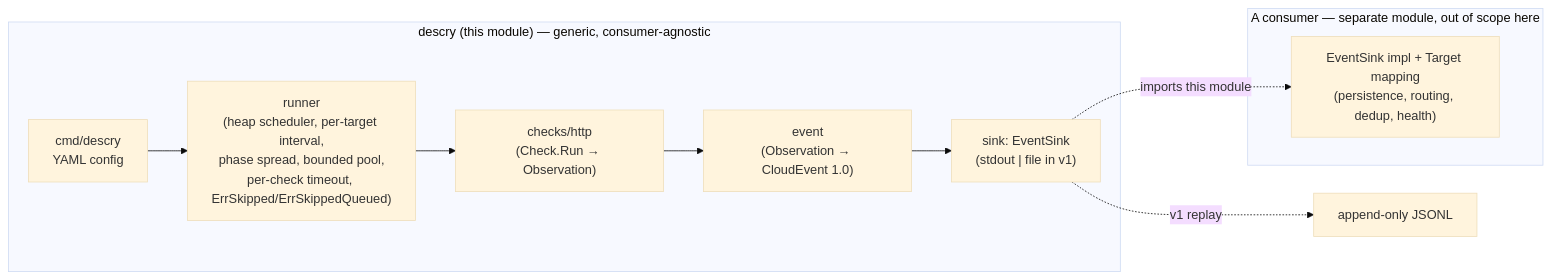
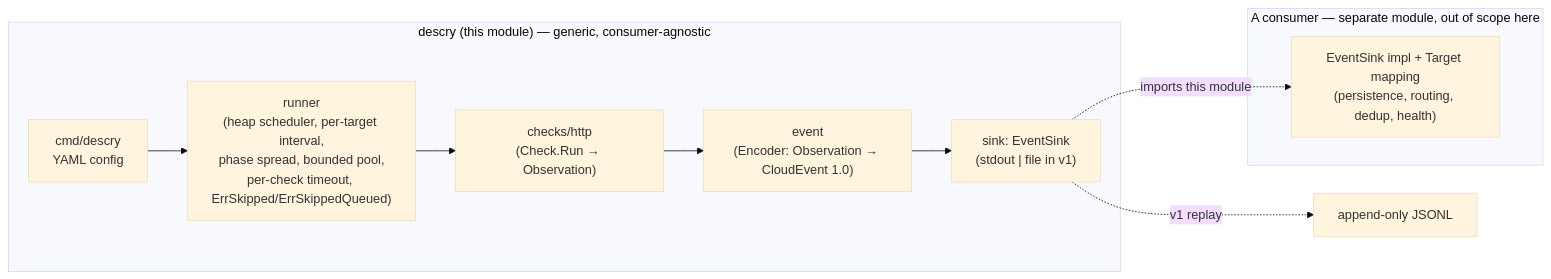
Before and after one commit to fairbearlab/descry: the diagram in docs/ARCHITECTURE.md, drawn with Mermaid (base theme). The commit also changed other lines of this file and 20 other files, not shown here.

First line of the commit message:
perf(event): compile-once Encoder; fail fast on an invalid event config (#28)

````diff
--- a/docs/ARCHITECTURE.md
+++ b/docs/ARCHITECTURE.md
@@ -20,14 +28,14 @@
 ```mermaid
 flowchart LR
   subgraph engine["descry (this module) — generic, consumer-agnostic"]
     CFG["cmd/descry<br/>YAML config"] --> RUN["runner<br/>(heap scheduler, per-target interval,<br/>phase spread, bounded pool,<br/>per-check timeout, ErrSkipped/ErrSkippedQueued)"]
     RUN --> CHK["checks/http<br/>(Check.Run → Observation)"]
-    CHK --> EVT["event<br/>(Observation → CloudEvent 1.0)"]
+    CHK --> EVT["event<br/>(Encoder: Observation → CloudEvent 1.0)"]
     EVT --> SINK["sink: EventSink<br/>(stdout | file in v1)"]
   end
   subgraph consumer["A consumer — separate module, out of scope here"]
     ADP["EventSink impl + Target mapping<br/>(persistence, routing, dedup, health)"]
   end
   SINK -. v1 replay .-> FILE["append-only JSONL"]
   SINK -.->|imports this module| ADP
 ```
````
